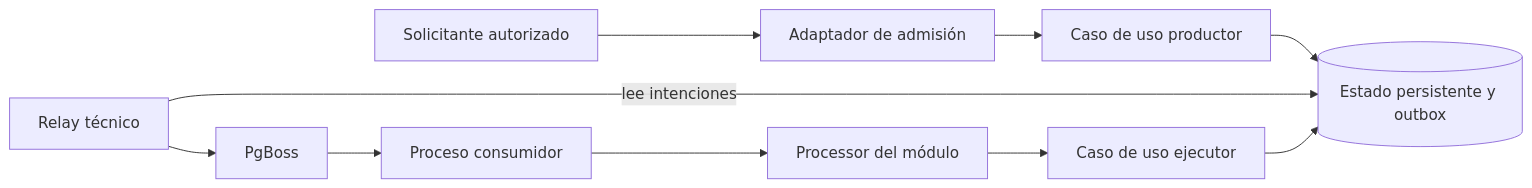
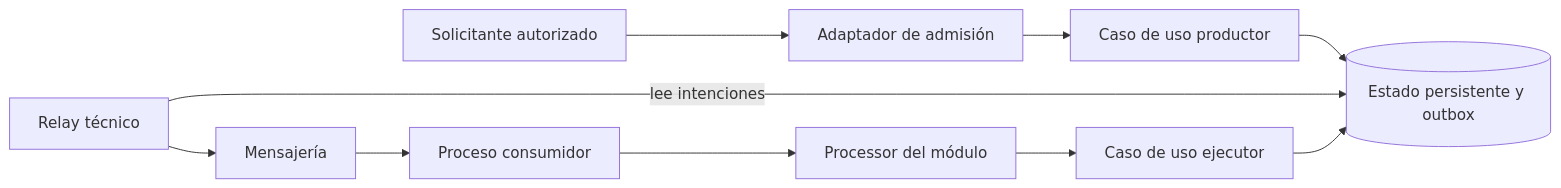
One commit to EderPanta18/academic-management-api changed the first of 2 diagrams in docs/06-architecture/06-async-processing.md. Above: the diagram before and after it, drawn with Mermaid. The commit also changed other lines of this file and 19 other files, not shown here.

````diff
--- a/docs/06-architecture/06-async-processing.md
+++ b/docs/06-architecture/06-async-processing.md
@@ -25,12 +27,12 @@
 ```mermaid
 flowchart LR
     CALLER[Solicitante autorizado] --> ENTRY[Adaptador de admisión]
     ENTRY --> ADMIT[Caso de uso productor]
     ADMIT --> DB[(Estado persistente y outbox)]
     RELAY[Relay técnico] -->|lee intenciones| DB
-    RELAY --> BROKER[PgBoss]
+    RELAY --> BROKER[Mensajería]
     BROKER --> WORKER[Proceso consumidor]
     WORKER --> PROC[Processor del módulo]
     PROC --> EXEC[Caso de uso ejecutor]
     EXEC --> DB
 ```
````
